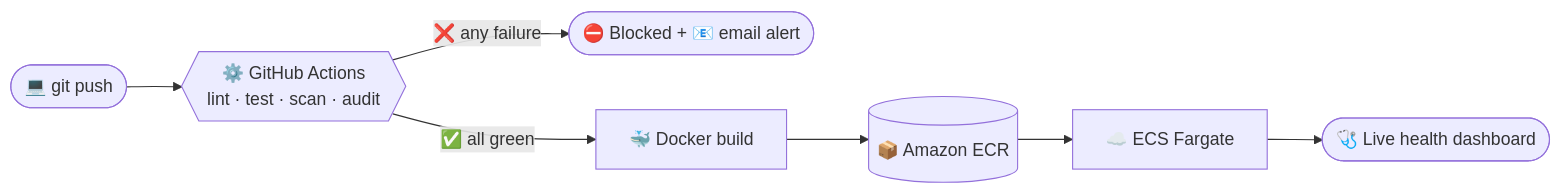
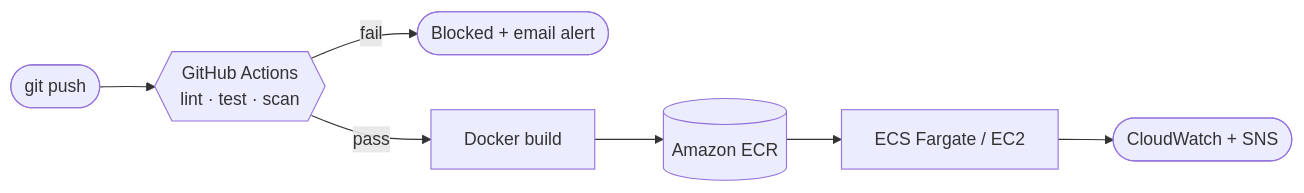
Before and after one commit to tanahmeeedsx/tanahmeeedsx: the diagram in README.md, drawn with Mermaid. The commit also changed other lines of this file, not shown here.

````diff
--- a/README.md
+++ b/README.md
@@ -79,9 +49,9 @@
 ```mermaid
 flowchart LR
-    A(["💻 git push"]) --> B{{"⚙️ GitHub Actions<br/>lint · test · scan · audit"}}
-    B -- "❌ any failure" --> X(["⛔ Blocked + 📧 email alert"])
-    B -- "✅ all green" --> C["🐳 Docker build"]
-    C --> D[("📦 Amazon ECR")]
-    D --> E["☁️ ECS Fargate"]
-    E --> F(["🩺 Live health dashboard"])
+    A(["git push"]) --> B{{"GitHub Actions<br/>lint · test · scan"}}
+    B -- "fail" --> X(["Blocked + email alert"])
+    B -- "pass" --> C["Docker build"]
+    C --> D[("Amazon ECR")]
+    D --> E["ECS Fargate / EC2"]
+    E --> F(["CloudWatch + SNS"])
 ```
````
